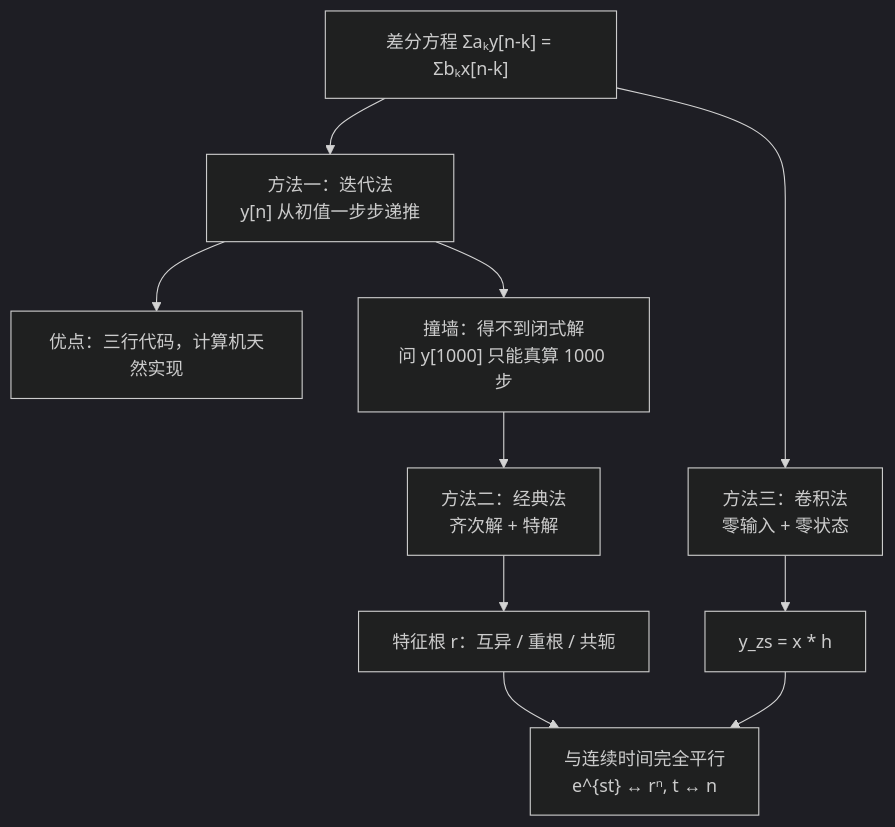
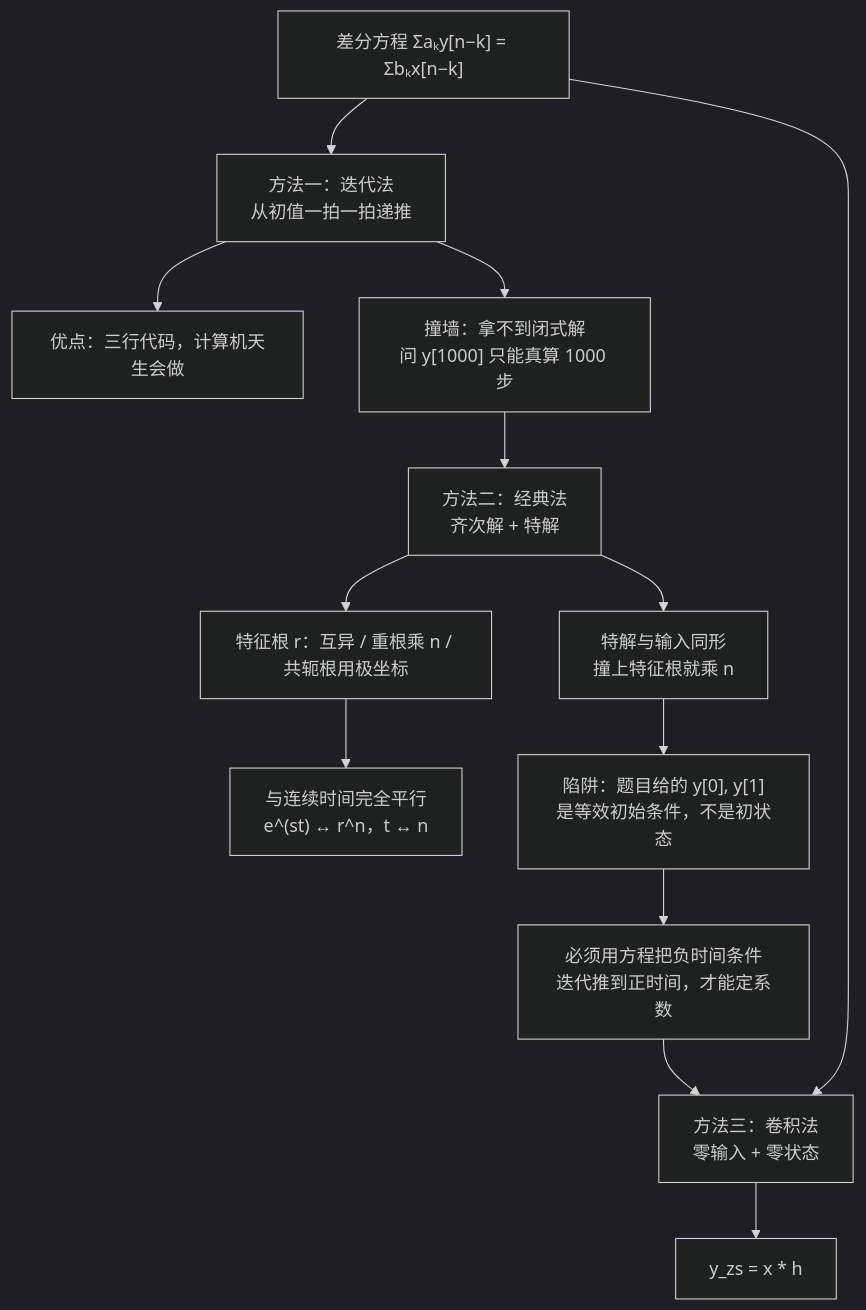
Before and after one commit to KayeAdams515/ClaudeNotes: the first of 3 diagrams in 信号与系统/C2.5 差分方程与离散时间系统求解.md, drawn with Mermaid (dark theme). The commit also changed other lines of this file and 23 other files, not shown here.

````diff
--- a/信号与系统/C2.5 差分方程与离散时间系统求解.md
+++ b/信号与系统/C2.5 差分方程与离散时间系统求解.md
@@ -31,12 +38,15 @@
 ```mermaid
 flowchart TD
-    A["差分方程 Σaₖy[n-k] = Σbₖx[n-k]"] --> B["方法一：迭代法<br/>y[n] 从初值一步步递推"]
-    B --> B1["优点：三行代码，计算机天然实现"]
-    B --> B2["撞墙：得不到闭式解<br/>问 y[1000] 只能真算 1000 步"]
+    A["差分方程 Σaₖy[n−k] = Σbₖx[n−k]"] --> B["方法一：迭代法<br/>从初值一拍一拍递推"]
+    B --> B1["优点：三行代码，计算机天生会做"]
+    B --> B2["撞墙：拿不到闭式解<br/>问 y[1000] 只能真算 1000 步"]
     B2 --> C["方法二：经典法<br/>齐次解 + 特解"]
-    C --> C1["特征根 r：互异 / 重根 / 共轭"]
+    C --> C1["特征根 r：互异 / 重根乘 n / 共轭根用极坐标"]
+    C --> C2["特解与输入同形<br/>撞上特征根就乘 n"]
     A --> D["方法三：卷积法<br/>零输入 + 零状态"]
     D --> D1["y_zs = x * h"]
-    C1 --> E["与连续时间完全平行<br/>e^{st} ↔ rⁿ, t ↔ n"]
-    D1 --> E
+    C1 --> E["与连续时间完全平行<br/>e^(st) ↔ r^n，t ↔ n"]
+    C2 --> F["陷阱：题目给的 y[0], y[1]<br/>是等效初始条件，不是初状态"]
+    F --> G["必须用方程把负时间条件<br/>迭代推到正时间，才能定系数"]
+    G --> D
 ```
````
